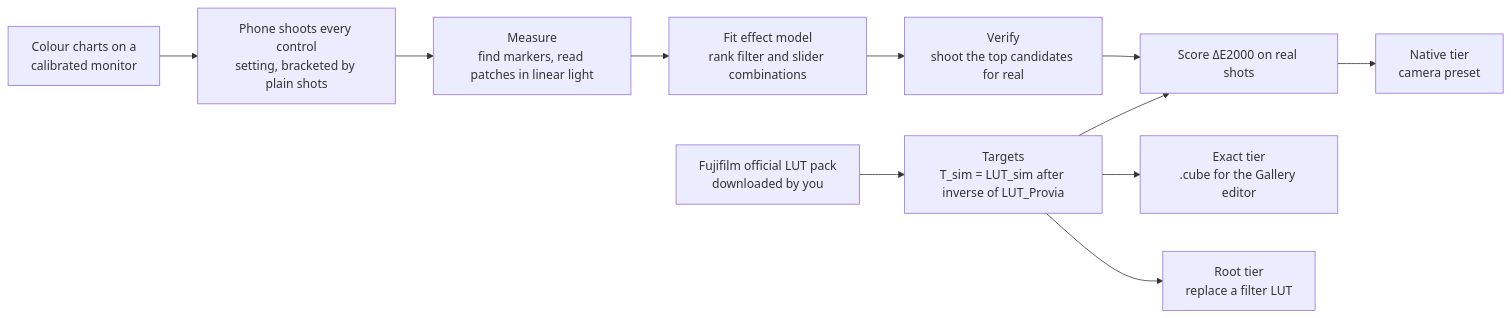
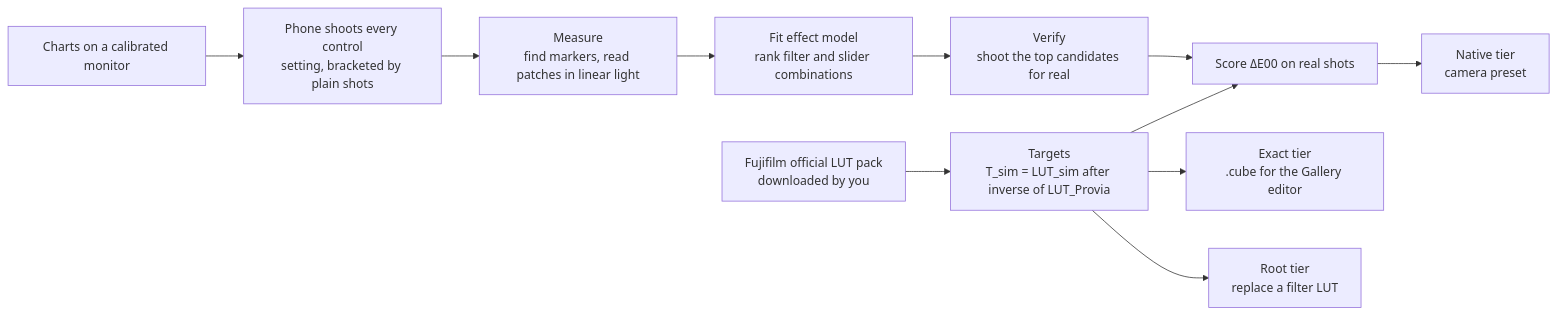
The diagram in docs/ARCHITECTURE.md (Sohwhat6420/android-film-simulations), drawn with Mermaid before and after one commit. The commit also changed other lines of this file, not shown here.

Commit message:
docs: ARCHITECTURE.md with file:line evidence, built vs planned, accuracy bar

````diff
--- a/docs/ARCHITECTURE.md
+++ b/docs/ARCHITECTURE.md
@@ -24,13 +32,13 @@
 ```mermaid
 flowchart LR
     A[Fujifilm official LUT pack<br/>downloaded by you] --> B[Targets<br/>T_sim = LUT_sim after inverse of LUT_Provia]
-    C[Colour charts on a<br/>calibrated monitor] --> D[Phone shoots every control<br/>setting, bracketed by plain shots]
+    C[Charts on a calibrated monitor] --> D[Phone shoots every control<br/>setting, bracketed by plain shots]
     D --> E[Measure<br/>find markers, read patches in linear light]
     E --> F[Fit effect model<br/>rank filter and slider combinations]
     F --> G[Verify<br/>shoot the top candidates for real]
-    B --> H[Score ΔE2000 on real shots]
+    B --> H[Score ΔE00 on real shots]
     G --> H
     H --> I[Native tier<br/>camera preset]
     B --> J[Exact tier<br/>.cube for the Gallery editor]
     B --> K[Root tier<br/>replace a filter LUT]
 ```
````
